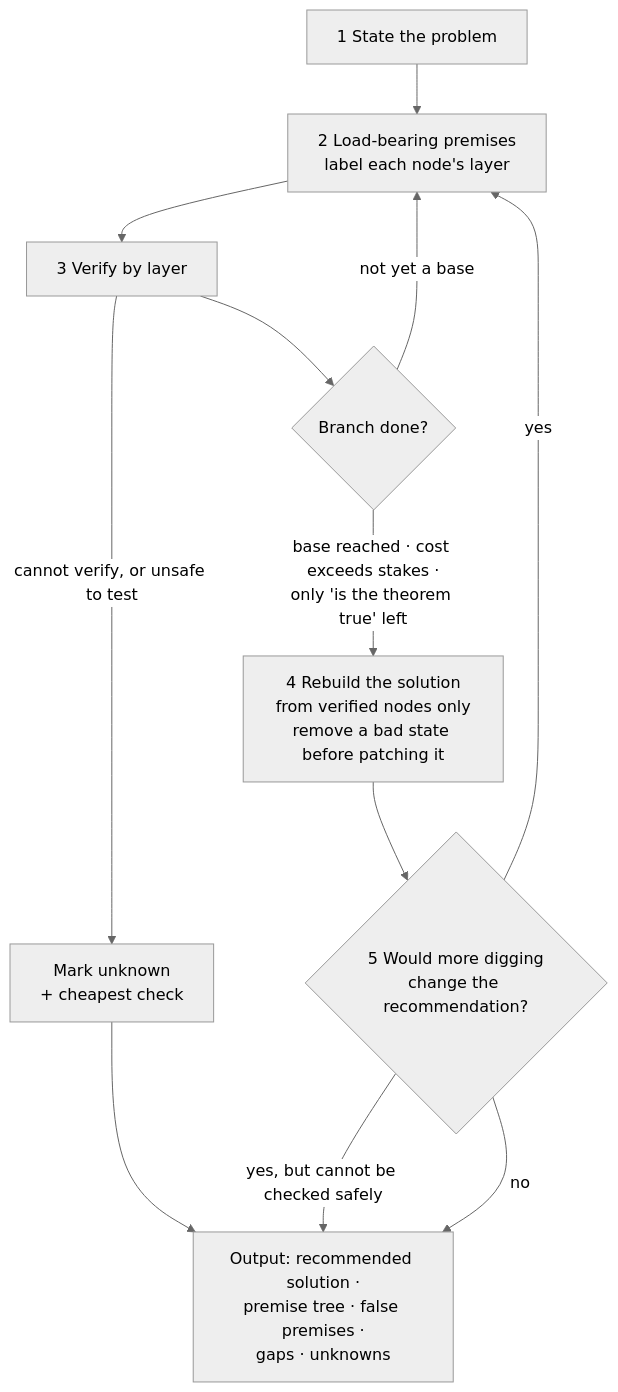
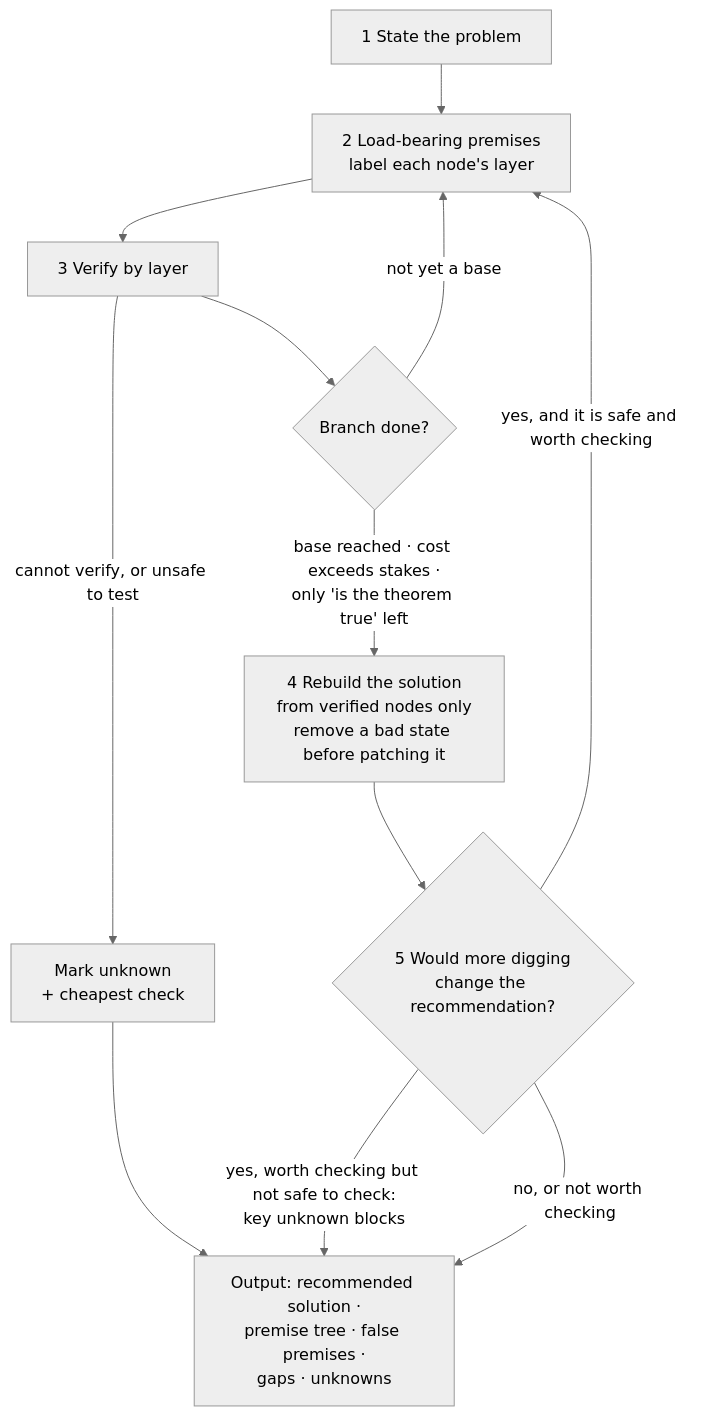
One commit to zk-hypersolid/premise-challenge changed the second of 4 diagrams in README.md. Above: the diagram before and after it, drawn with Mermaid (neutral theme). The commit also changed other lines of this file and 3 other files, not shown here.

````diff
--- a/README.md
+++ b/README.md
@@ -68,14 +68,14 @@
 ```mermaid
 flowchart TB
     T["1 State the problem"] --> P["2 Load-bearing premises<br/>label each node's layer"]
     P --> V["3 Verify by layer"]
     V -- "cannot verify, or unsafe to test" --> UK["Mark unknown<br/>+ cheapest check"]
     V --> B{"Branch done?"}
     B -- "not yet a base" --> P
     B -- "base reached · cost exceeds stakes ·<br/>only 'is the theorem true' left" --> R["4 Rebuild the solution<br/>from verified nodes only<br/>remove a bad state before patching it"]
     R --> S{"5 Would more digging<br/>change the recommendation?"}
-    S -- "yes" --> P
-    S -- "yes, but cannot be checked safely" --> O
-    S -- "no" --> O["Output: recommended solution ·<br/>premise tree · false premises ·<br/>gaps · unknowns"]
+    S -- "yes, and it is safe and worth checking" --> P
+    S -- "yes, worth checking but not safe to check:<br/>key unknown blocks" --> O
+    S -- "no, or not worth checking" --> O["Output: recommended solution ·<br/>premise tree · false premises ·<br/>gaps · unknowns"]
     UK --> O
 ```
````
